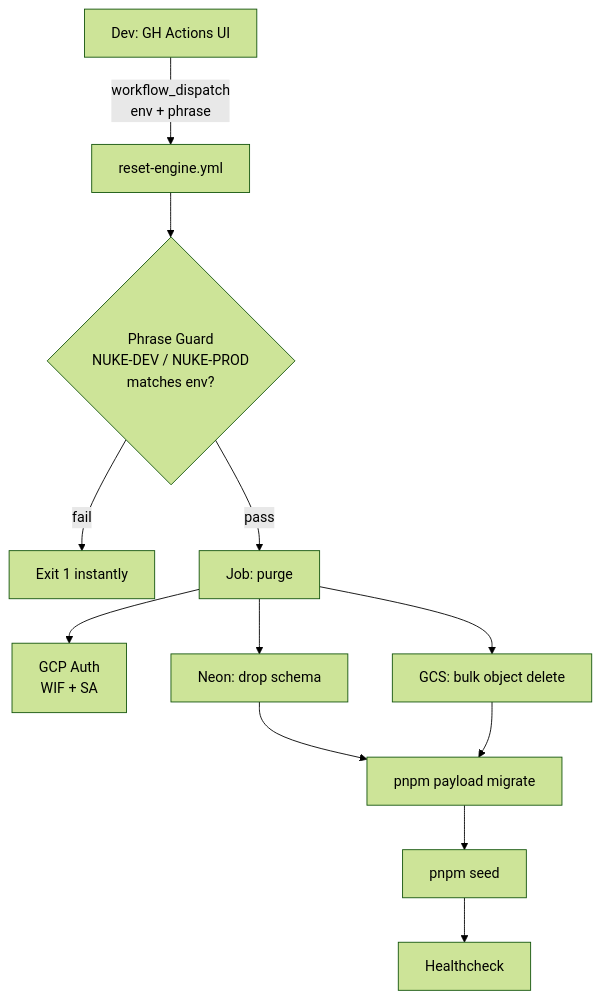
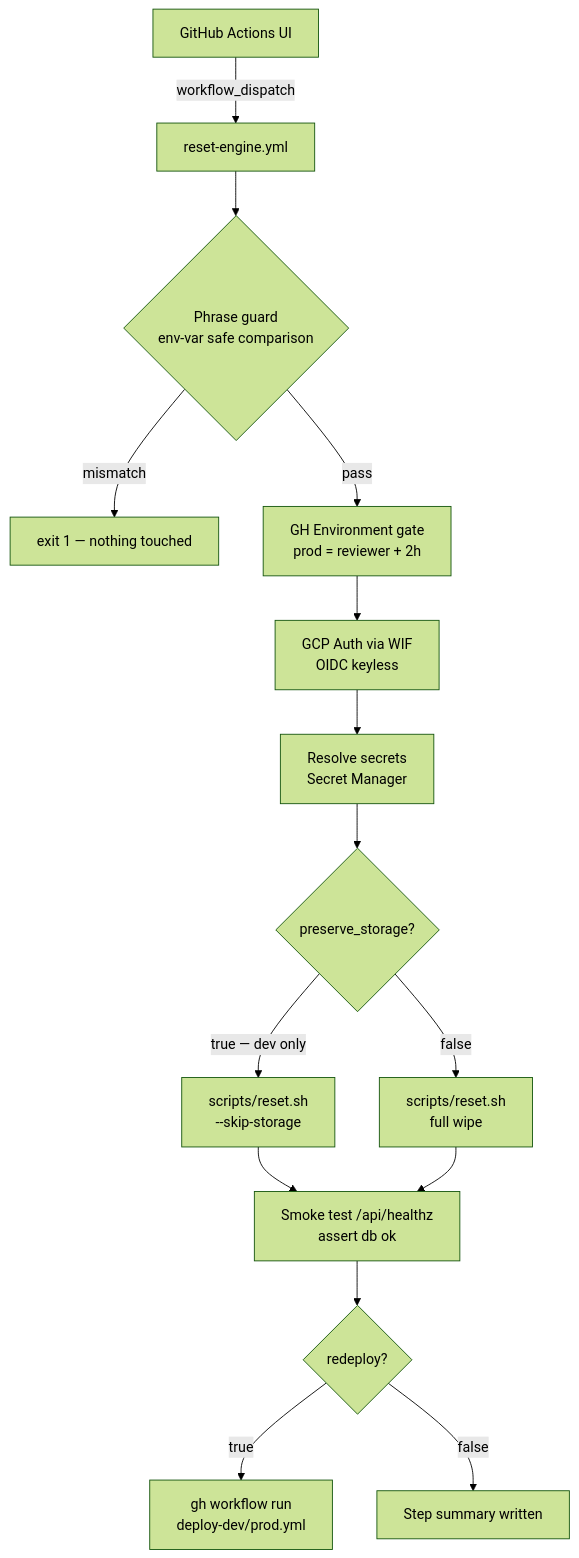
The diagram in docs/reset-engine.md (Framehouseworks/framehouse-hub), drawn with Mermaid (forest theme) before and after one commit. The commit also changed other lines of this file and 15 other files, not shown here.

````diff
--- a/docs/reset-engine.md
+++ b/docs/reset-engine.md
@@ -142,14 +125,17 @@
 ```mermaid
 flowchart TD
-    A[Dev: GH Actions UI] -->|workflow_dispatch<br/>env + phrase| B[reset-engine.yml]
-    B --> C{Phrase Guard<br/>NUKE-DEV / NUKE-PROD<br/>matches env?}
-    C -->|fail| X[Exit 1 instantly]
-    C -->|pass| D[Job: purge]
-    D --> E[GCP Auth<br/>WIF + SA]
-    D --> F[Neon: drop schema]
-    D --> G[GCS: bulk object delete]
-    F --> H[pnpm payload migrate]
-    G --> H
-    H --> I[pnpm seed]
-    I --> J[Healthcheck]
+    A[GitHub Actions UI] -->|workflow_dispatch| B[reset-engine.yml]
+    B --> C{Phrase guard\nenv-var safe comparison}
+    C -->|mismatch| X[exit 1 — nothing touched]
+    C -->|pass| D[GH Environment gate\nprod = reviewer + 2h]
+    D --> E[GCP Auth via WIF\nOIDC keyless]
+    E --> F[Resolve secrets\nSecret Manager]
+    F --> G{preserve_storage?}
+    G -->|true — dev only| H[scripts/reset.sh\n--skip-storage]
+    G -->|false| I[scripts/reset.sh\nfull wipe]
+    H --> J[Smoke test /api/healthz\nassert db ok]
+    I --> J
+    J --> K{redeploy?}
+    K -->|true| L[gh workflow run\ndeploy-dev/prod.yml]
+    K -->|false| M[Step summary written]
 ```
````
